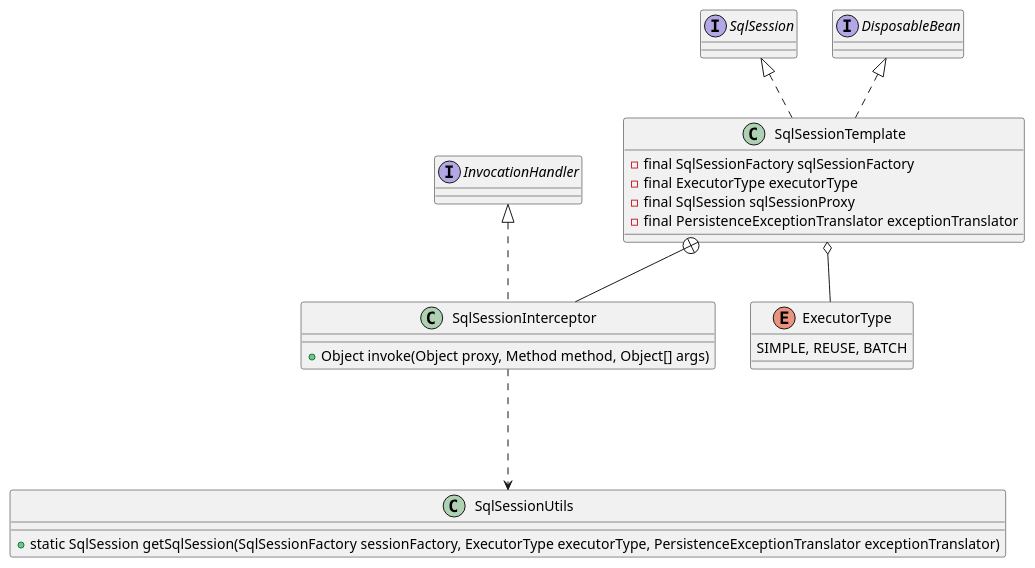
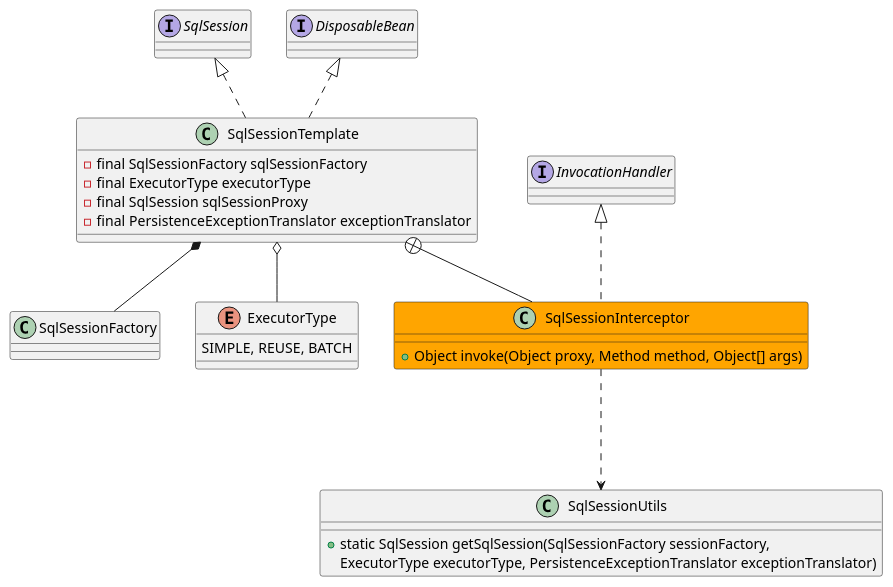
One commit to onlyonion/development changed the diagram in 20-framework/src/mybatis/mybatis-spring/SqlSessionTemplate.md. Above: the diagram before and after it, drawn with PlantUML. The commit also changed other lines of this file and 13 other files, not shown here.

````diff
--- a/20-framework/src/mybatis/mybatis-spring/SqlSessionTemplate.md
+++ b/20-framework/src/mybatis/mybatis-spring/SqlSessionTemplate.md
@@ -14,38 +14,41 @@
 ```plantuml
 @startuml
 
 interface SqlSession
 interface DisposableBean
 
 '''''''''''''''''''' SqlSessionTemplate ''''''''''''''''''''''
 class SqlSessionTemplate {
     - final SqlSessionFactory sqlSessionFactory
     - final ExecutorType executorType
     - final SqlSession sqlSessionProxy
     - final PersistenceExceptionTranslator exceptionTranslator
 }
 
+SqlSessionTemplate *-- SqlSessionFactory
+
 SqlSession <|.. SqlSessionTemplate
 DisposableBean <|.. SqlSessionTemplate
 
 '''''''''''''''''''' SqlSessionInterceptor ''''''''''''''''''''''
 interface InvocationHandler
-class SqlSessionInterceptor {
+class SqlSessionInterceptor #orange {
     + Object invoke(Object proxy, Method method, Object[] args)
 }
 InvocationHandler <|.. SqlSessionInterceptor
 SqlSessionTemplate +-- SqlSessionInterceptor
 
 class SqlSessionUtils {
-    + static SqlSession getSqlSession(SqlSessionFactory sessionFactory, ExecutorType executorType, PersistenceExceptionTranslator exceptionTranslator)
+    + static SqlSession getSqlSession(SqlSessionFactory sessionFactory, 
+        ExecutorType executorType, PersistenceExceptionTranslator exceptionTranslator)
 }
 SqlSessionInterceptor -.-> SqlSessionUtils
 
 '''''''''''''''''''' 执行器类型 ''''''''''''''''''''''
 enum ExecutorType {
   SIMPLE, REUSE, BATCH
 }
 SqlSessionTemplate o-- ExecutorType
 
 @enduml
 ```
````
